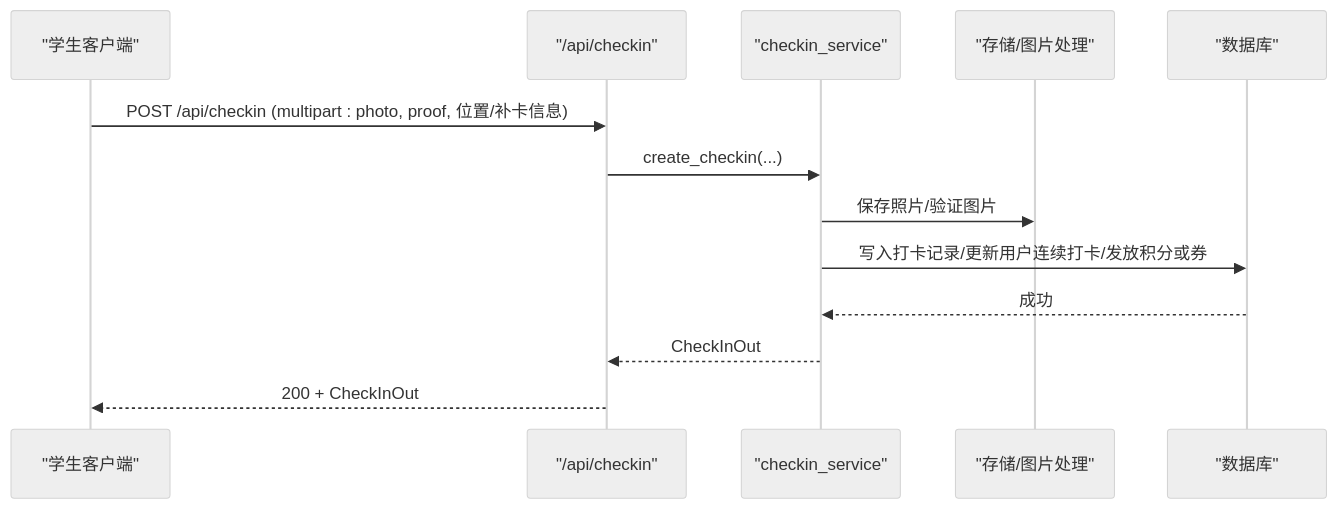
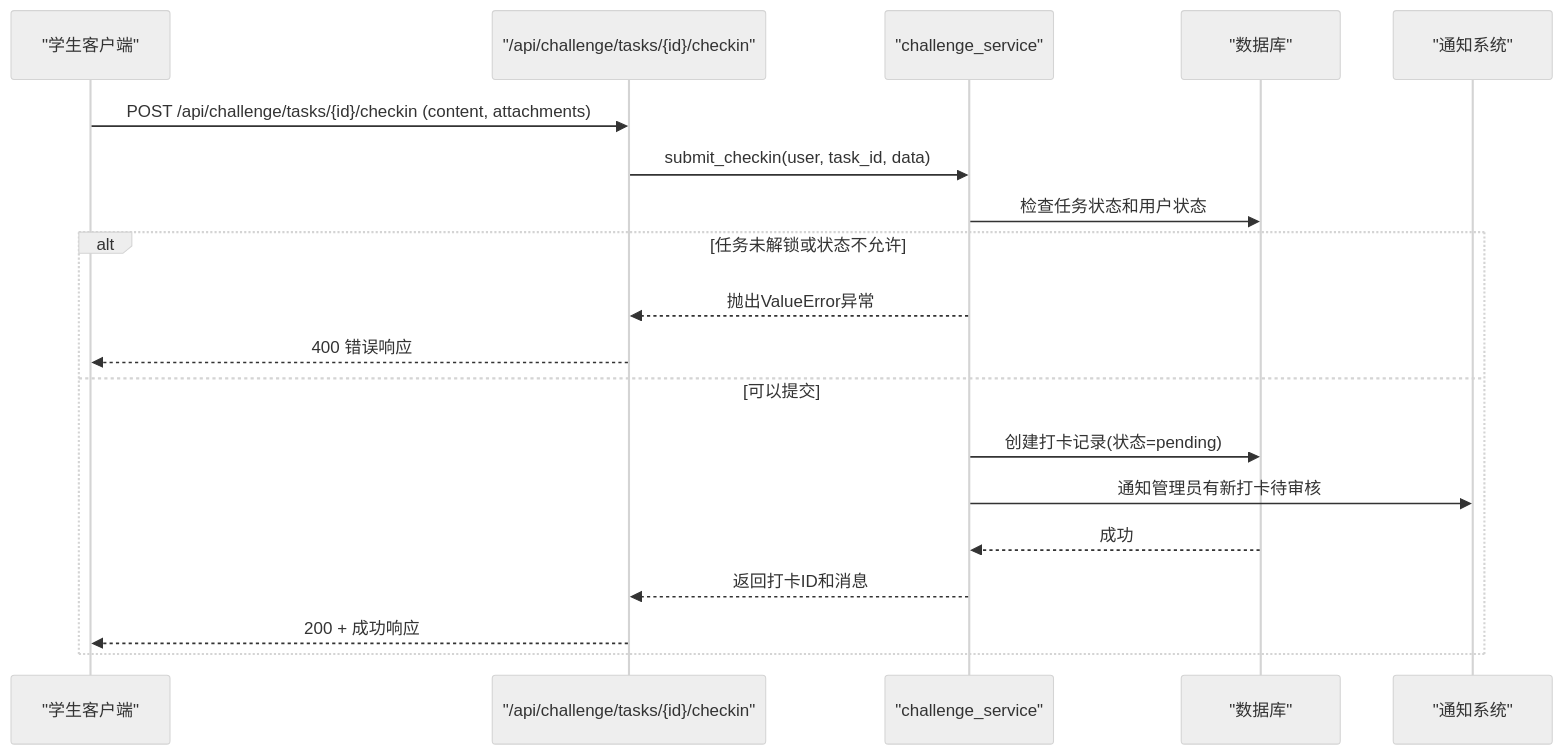
One commit to onebody/homework changed the fourth of 8 diagrams in .qoder/repowiki/zh/content/API接口文档/API接口文档.md. Above: the diagram before and after it, drawn with Mermaid (neutral theme). The commit also changed other lines of this file and 15 other files, not shown here.

````diff
--- a/.qoder/repowiki/zh/content/API接口文档/API接口文档.md
+++ b/.qoder/repowiki/zh/content/API接口文档/API接口文档.md
@@ -448,15 +569,21 @@
 ```mermaid
 sequenceDiagram
 participant C as "学生客户端"
-participant R as "/api/checkin"
-participant S as "checkin_service"
-participant U as "存储/图片处理"
+participant R as "/api/challenge/tasks/{id}/checkin"
+participant S as "challenge_service"
 participant DB as "数据库"
-C->>R : POST /api/checkin (multipart : photo, proof, 位置/补卡信息)
-R->>S : create_checkin(...)
-S->>U : 保存照片/验证图片
-S->>DB : 写入打卡记录/更新用户连续打卡/发放积分或券
+participant N as "通知系统"
+C->>R : POST /api/challenge/tasks/{id}/checkin (content, attachments)
+R->>S : submit_checkin(user, task_id, data)
+S->>DB : 检查任务状态和用户状态
+alt 任务未解锁或状态不允许
+S-->>R : 抛出ValueError异常
+R-->>C : 400 错误响应
+else 可以提交
+S->>DB : 创建打卡记录(状态=pending)
+S->>N : 通知管理员有新打卡待审核
 DB-->>S : 成功
-S-->>R : CheckInOut
-R-->>C : 200 + CheckInOut
+S-->>R : 返回打卡ID和消息
+R-->>C : 200 + 成功响应
+end
 ```
````
